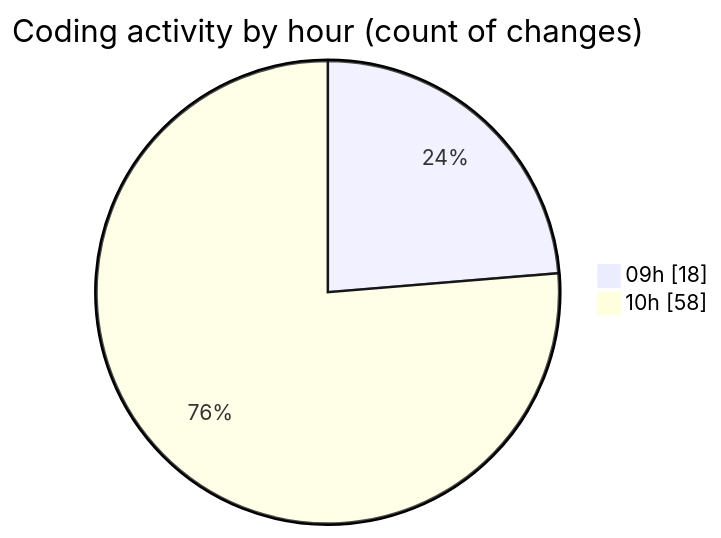
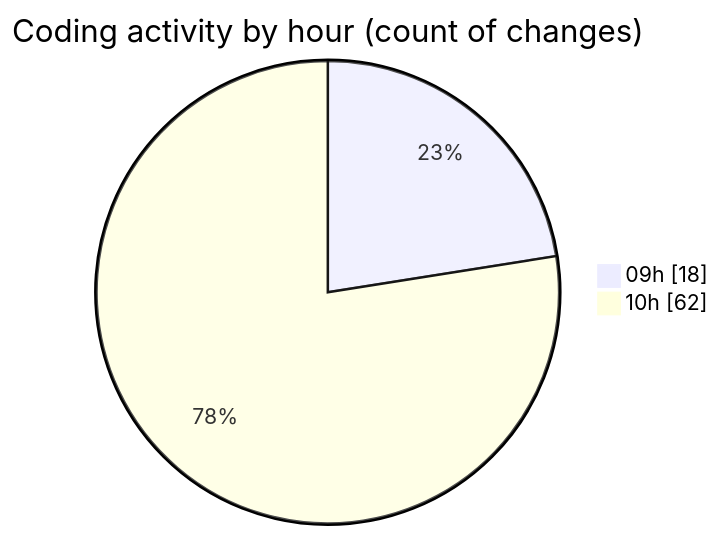
One commit to momahboobian/code-tracking changed the second of 2 diagrams in 2025-07-01/cda/README.md. Above: the diagram before and after it, drawn with Mermaid. The commit also changed other lines of this file and 1 other file, not shown here.

````diff
--- a/2025-07-01/cda/README.md
+++ b/2025-07-01/cda/README.md
@@ -38,6 +38,6 @@
 ```mermaid
 pie showData
 title Coding activity by hour (count of changes)
 "09h" : 18
-"10h" : 58
+"10h" : 62
 ```
````
